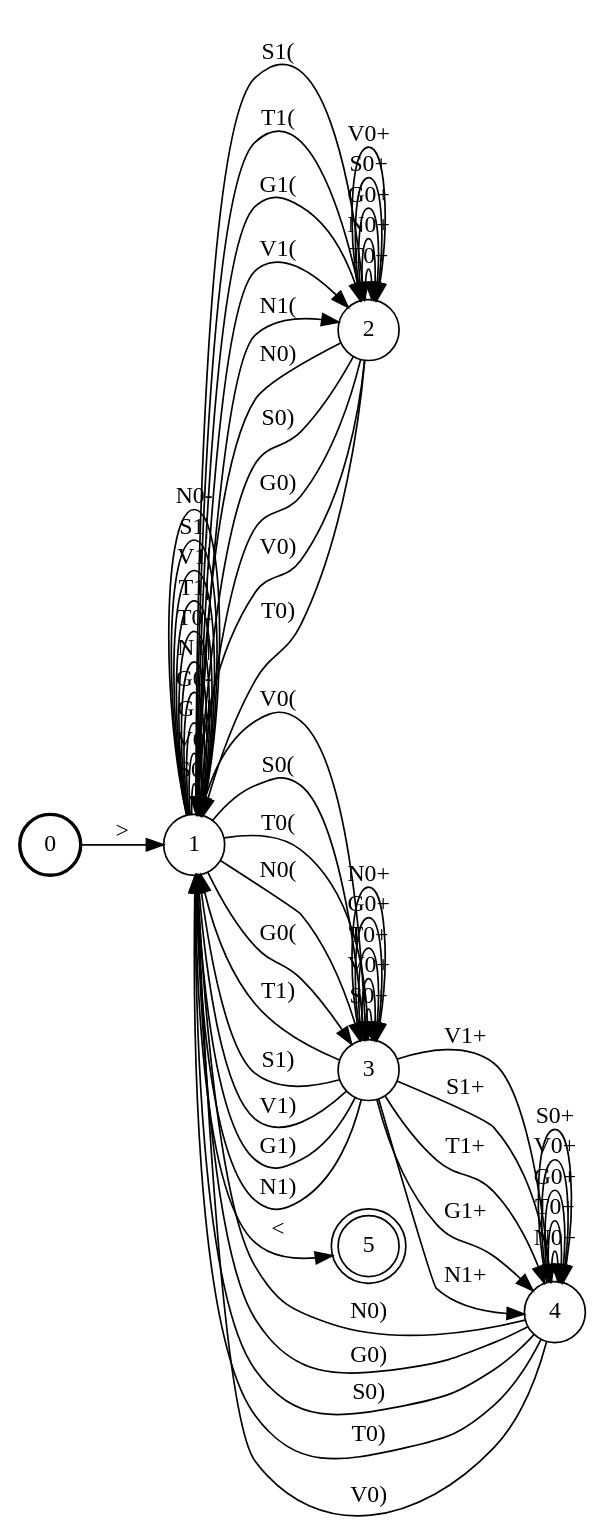
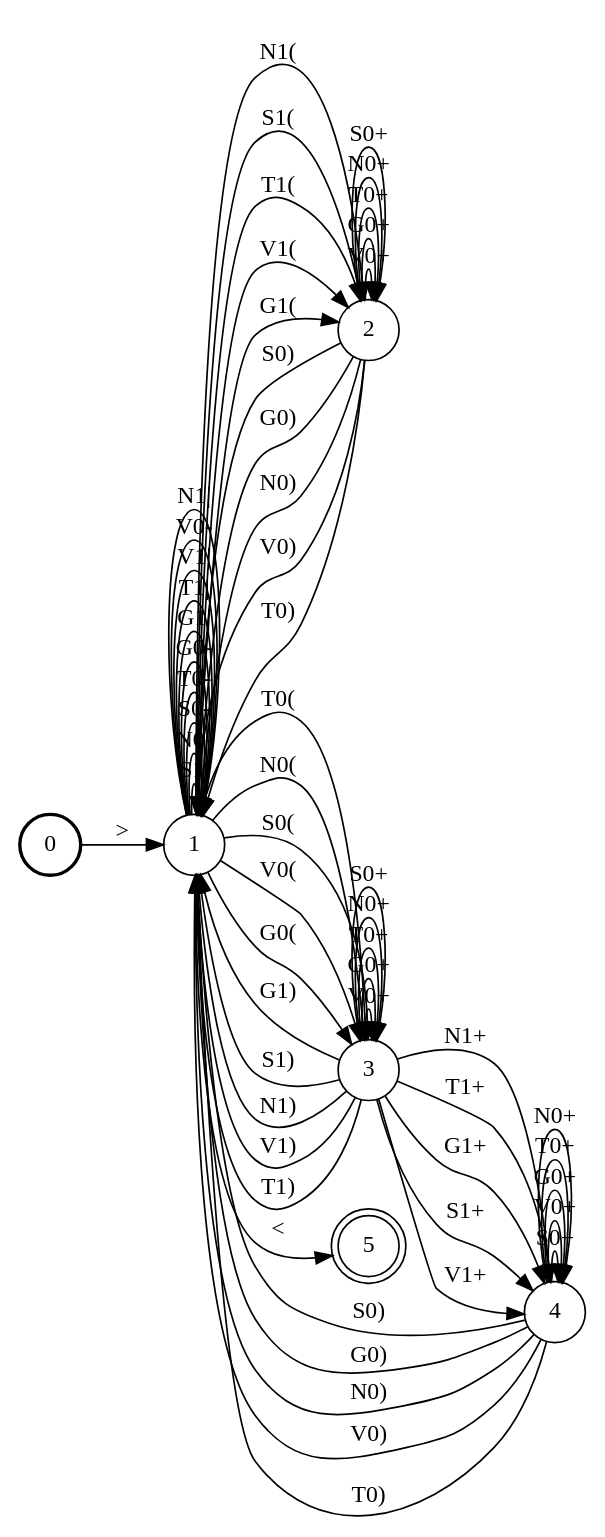
The diagram in demo/nasal_spreading/Tier_nasal.dot (colincwilson/statgram), drawn with Graphviz before and after one commit. The commit also changed other lines of this file and 7 other files, not shown here.

```diff
--- a/demo/nasal_spreading/Tier_nasal.dot
+++ b/demo/nasal_spreading/Tier_nasal.dot
@@ -1,67 +1,67 @@
 digraph G {
 rankdir=LR;
 node [shape=circle]
 0 [style=bold label="0"]
 1 [label="1"]
 2 [label="2"]
 3 [label="3"]
 4 [label="4"]
 5 [shape=doublecircle label="5"]
-3 -> 3 [label="S0+"]
-4 -> 4 [label="N0+"]
-1 -> 1 [label="S0-"]
-3 -> 3 [label="V0+"]
-4 -> 4 [label="T0+"]
-1 -> 1 [label="V0-"]
-4 -> 1 [label="N0)"]
-3 -> 1 [label="T1)"]
-1 -> 1 [label="G1|"]
-2 -> 1 [label="N0)"]
-1 -> 2 [label="S1("]
-2 -> 1 [label="S0)"]
-2 -> 2 [label="T0+"]
-2 -> 1 [label="G0)"]
-1 -> 1 [label="G0-"]
-1 -> 2 [label="T1("]
-3 -> 1 [label="S1)"]
-4 -> 1 [label="G0)"]
-3 -> 3 [label="T0+"]
-1 -> 1 [label="N1|"]
-2 -> 1 [label="V0)"]
-1 -> 3 [label="V0("]
-1 -> 2 [label="G1("]
-3 -> 1 [label="V1)"]
-2 -> 2 [label="N0+"]
-3 -> 4 [label="V1+"]
-1 -> 1 [label="T0-"]
-4 -> 1 [label="S0)"]
-2 -> 1 [label="T0)"]
-4 -> 4 [label="G0+"]
-4 -> 4 [label="V0+"]
-2 -> 2 [label="G0+"]
-3 -> 3 [label="G0+"]
-4 -> 1 [label="T0)"]
-2 -> 2 [label="S0+"]
-2 -> 2 [label="V0+"]
-1 -> 1 [label="T1|"]
-3 -> 1 [label="G1)"]
-4 -> 1 [label="V0)"]
-1 -> 5 [label="<"]
-1 -> 2 [label="V1("]
-3 -> 4 [label="S1+"]
-1 -> 1 [label="V1|"]
-1 -> 2 [label="N1("]
-1 -> 3 [label="S0("]
-3 -> 4 [label="T1+"]
 1 -> 3 [label="T0("]
 1 -> 1 [label="S1|"]
+4 -> 4 [label="S0+"]
+2 -> 1 [label="S0)"]
+4 -> 1 [label="S0)"]
+3 -> 4 [label="N1+"]
+3 -> 4 [label="T1+"]
+1 -> 1 [label="N0-"]
+2 -> 2 [label="V0+"]
+1 -> 5 [label="<"]
+3 -> 3 [label="V0+"]
+0 -> 1 [label=">"]
+4 -> 4 [label="V0+"]
+1 -> 2 [label="N1("]
+3 -> 1 [label="G1)"]
+1 -> 2 [label="S1("]
 3 -> 4 [label="G1+"]
+3 -> 3 [label="G0+"]
+1 -> 1 [label="S0-"]
+4 -> 4 [label="G0+"]
+1 -> 3 [label="N0("]
+2 -> 1 [label="G0)"]
+1 -> 3 [label="S0("]
+4 -> 1 [label="G0)"]
+3 -> 4 [label="S1+"]
+2 -> 2 [label="G0+"]
+2 -> 2 [label="T0+"]
+2 -> 2 [label="N0+"]
+3 -> 3 [label="T0+"]
+2 -> 2 [label="S0+"]
+3 -> 3 [label="N0+"]
+4 -> 4 [label="T0+"]
+4 -> 4 [label="N0+"]
+2 -> 1 [label="N0)"]
+1 -> 2 [label="T1("]
+4 -> 1 [label="N0)"]
+1 -> 3 [label="V0("]
+1 -> 1 [label="T0-"]
+1 -> 1 [label="G0-"]
+3 -> 1 [label="S1)"]
+3 -> 3 [label="S0+"]
+1 -> 1 [label="G1|"]
+2 -> 1 [label="V0)"]
+1 -> 2 [label="V1("]
+4 -> 1 [label="V0)"]
 3 -> 1 [label="N1)"]
-3 -> 3 [label="N0+"]
-1 -> 3 [label="N0("]
+1 -> 1 [label="T1|"]
+1 -> 1 [label="V1|"]
+2 -> 1 [label="T0)"]
+3 -> 4 [label="V1+"]
+4 -> 1 [label="T0)"]
+3 -> 1 [label="V1)"]
+1 -> 1 [label="V0-"]
 1 -> 3 [label="G0("]
-0 -> 1 [label=">"]
-3 -> 4 [label="N1+"]
-1 -> 1 [label="N0-"]
-4 -> 4 [label="S0+"]
+3 -> 1 [label="T1)"]
+1 -> 2 [label="G1("]
+1 -> 1 [label="N1|"]
 }
```
